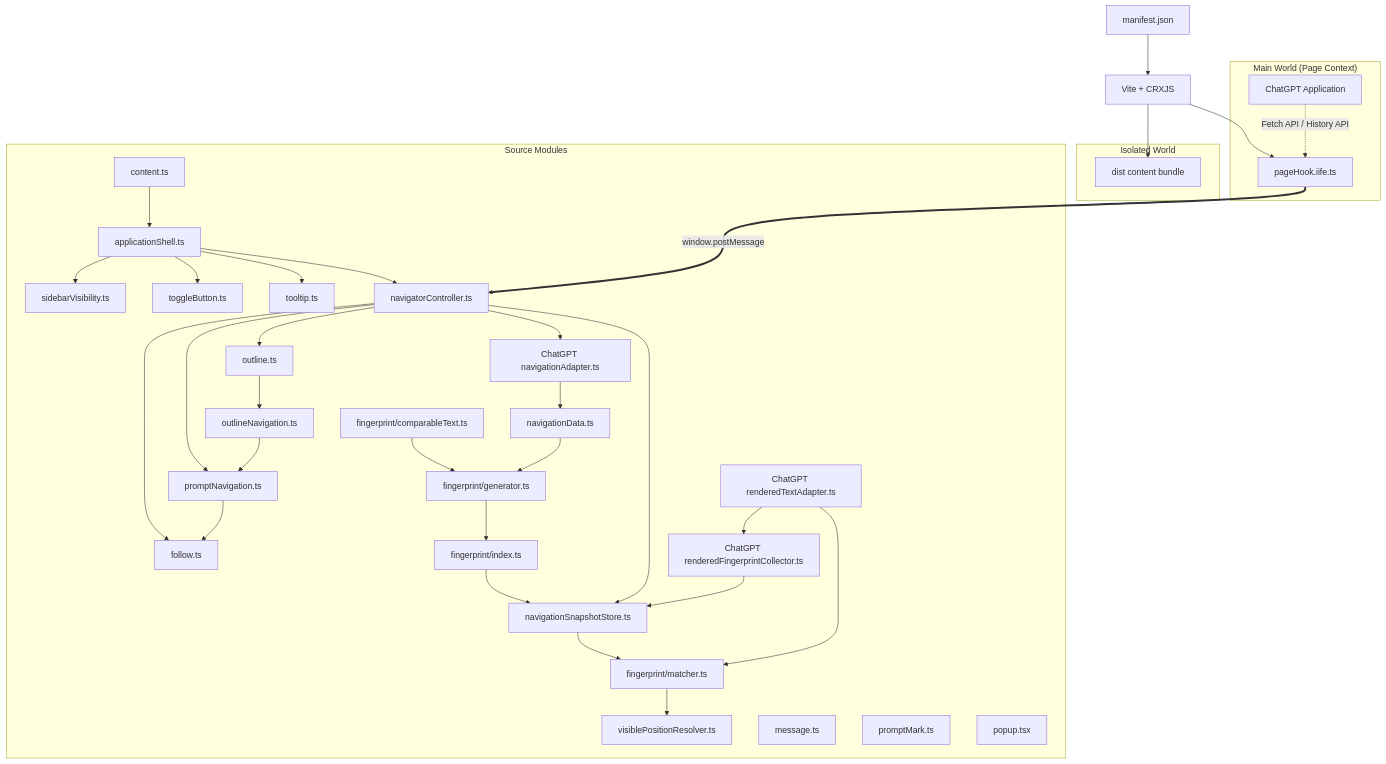
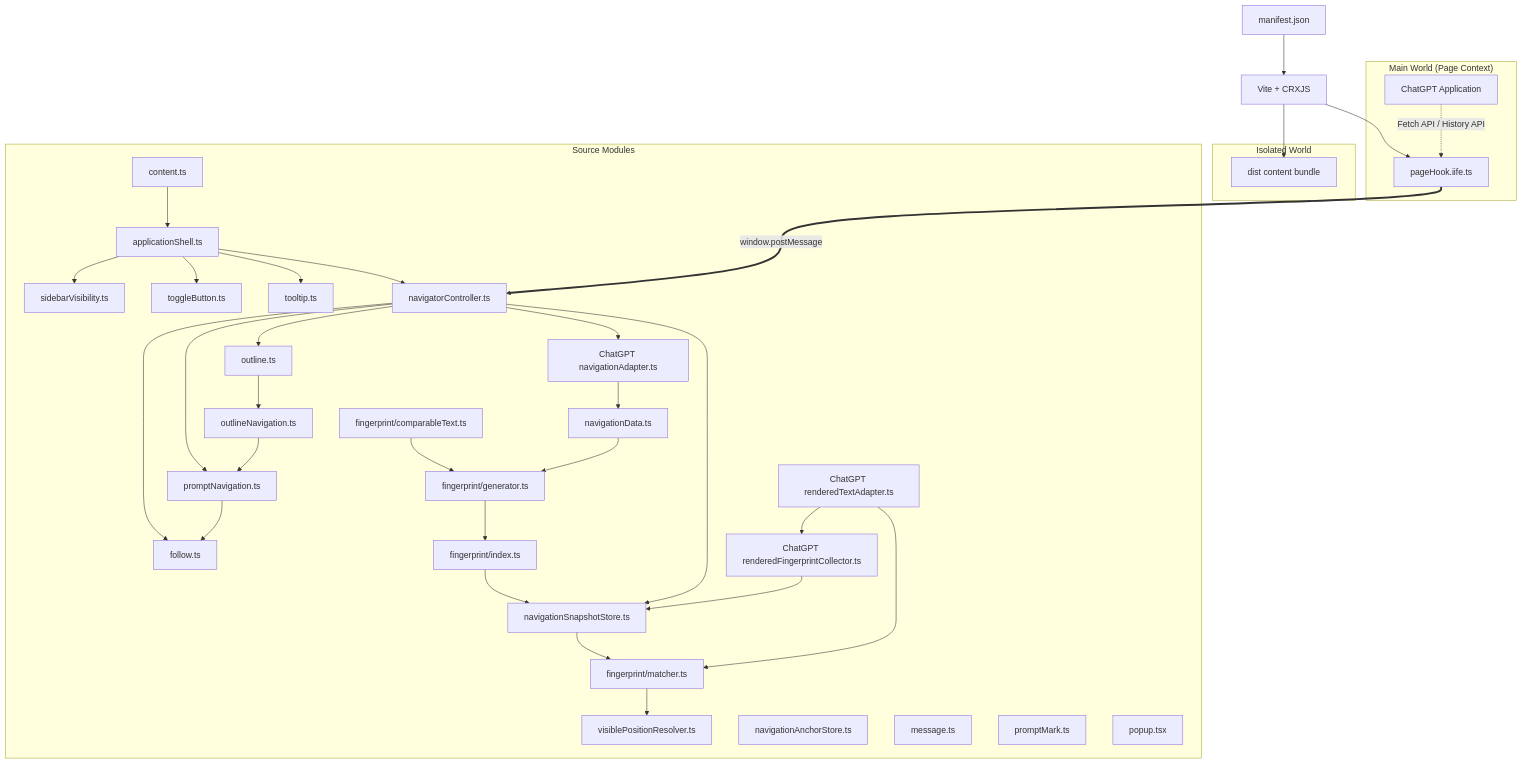
The diagram in docs/ARCHITECTURE.md (Leo7805/luna-toc), drawn with Mermaid before and after one commit. The commit also changed other lines of this file and 7 other files, not shown here.

Commit message:
feat(navigation): add persistent navigation anchor cache

````diff
--- a/docs/ARCHITECTURE.md
+++ b/docs/ARCHITECTURE.md
@@ -15,69 +15,70 @@
 ```mermaid
 graph TD
     manifest[manifest.json]
     vite[Vite + CRXJS]
 
     subgraph sourceModules["Source Modules"]
         content[content.ts]
         outline[outline.ts]
         outlineNavigation[outlineNavigation.ts]
         follow[follow.ts]
         promptNavigation[promptNavigation.ts]
         navigationData[navigationData.ts]
         comparableText[fingerprint/comparableText.ts]
         fingerprint[fingerprint/generator.ts]
         fingerprintIndex[fingerprint/index.ts]
         fingerprintMatcher[fingerprint/matcher.ts]
         visiblePosition[visiblePositionResolver.ts]
+        anchorStore[navigationAnchorStore.ts]
         snapshotStore[navigationSnapshotStore.ts]
         chatGptAdapter[ChatGPT navigationAdapter.ts]
         chatGptRenderedText[ChatGPT renderedTextAdapter.ts]
         chatGptFingerprintCollector[ChatGPT renderedFingerprintCollector.ts]
         msg[message.ts]
         mark[promptMark.ts]
         vis[sidebarVisibility.ts]
         btn[toggleButton.ts]
         tip[tooltip.ts]
         navigator[navigatorController.ts]
         shell[applicationShell.ts]
         popup[popup.tsx]
     end
 
     subgraph isolatedWorld["Isolated World"]
         contentBundle[dist content bundle]
     end
 
     subgraph mainWorld["Main World (Page Context)"]
         hook[pageHook.iife.ts]
         chatgpt[ChatGPT Application]
     end
 
     manifest --> vite
     content --> shell
     shell --> navigator
     shell --> vis
     shell --> btn
     shell --> tip
     navigator --> outline
     navigator --> promptNavigation
     chatGptAdapter --> navigationData
     comparableText --> fingerprint
     navigationData --> fingerprint
     fingerprint --> fingerprintIndex
     fingerprintIndex --> snapshotStore
     snapshotStore --> fingerprintMatcher
     fingerprintMatcher --> visiblePosition
     navigator --> snapshotStore
     navigator --> chatGptAdapter
     chatGptRenderedText --> fingerprintMatcher
     chatGptRenderedText --> chatGptFingerprintCollector
     chatGptFingerprintCollector --> snapshotStore
     navigator --> follow
     outline --> outlineNavigation
     outlineNavigation --> promptNavigation
     promptNavigation --> follow
     vite --> contentBundle
     vite --> hook
     hook ===>|window.postMessage| navigator
     chatgpt -.->|Fetch API / History API| hook
 ```
````
